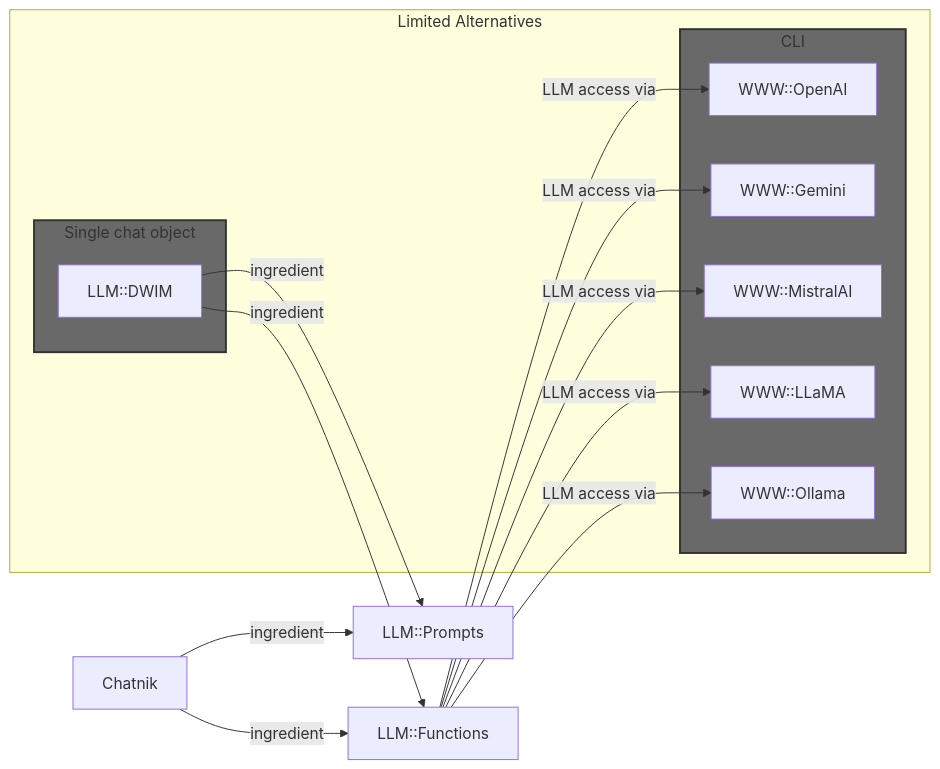
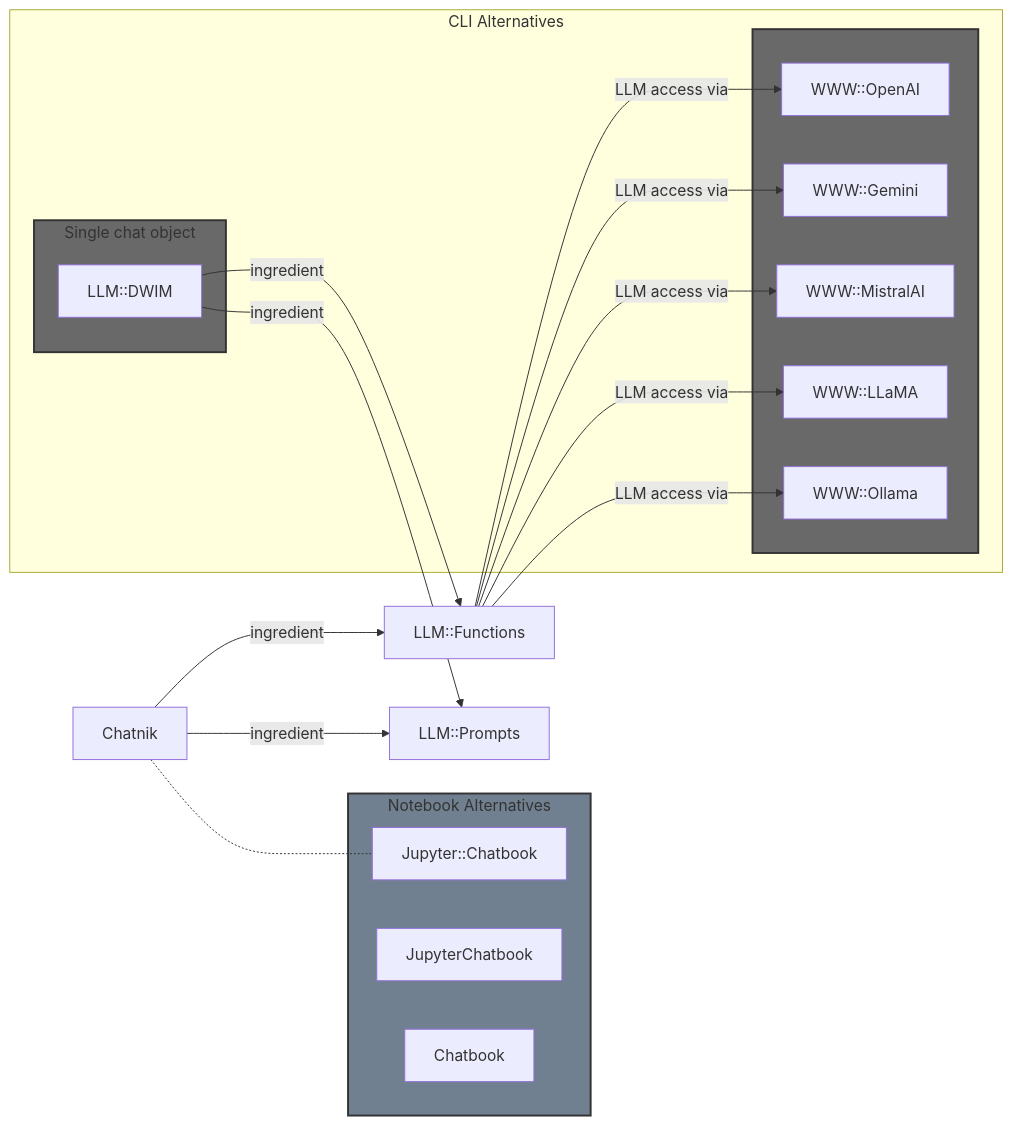
One commit to antononcube/RakuForPrediction-blog changed the second of 2 diagrams in Articles/Chatnik-LLM-Host-in-the-Shell-Part-1.md. Above: the diagram before and after it, drawn with Mermaid.

Commit message:
docs:More comprehensive comparison diagram.

````diff
--- a/Articles/Chatnik-LLM-Host-in-the-Shell-Part-1.md
+++ b/Articles/Chatnik-LLM-Host-in-the-Shell-Part-1.md
@@ -399,32 +399,41 @@
 ```mermaid
 flowchart LR
     Chatnik[Chatnik] --> |ingredient| LLMFunc[LLM::Functions] 
     Chatnik --> |ingredient| LLMPrompts[LLM::Prompts] 
     LLMFunc --> |LLM access via| OpenAI[WWW::OpenAI]
     LLMFunc --> |LLM access via| Gemini[WWW::Gemini]
     LLMFunc --> |LLM access via| MistralAI[WWW::MistralAI]
     LLMFunc --> |LLM access via| LLaMA[WWW::LLaMA]
     LLMFunc --> |LLM access via| Ollama[WWW::Ollama]
 
     DWIM[LLM::DWIM] --> |ingredient| LLMFunc
     DWIM --> |ingredient| LLMPrompts
 
-    subgraph LA[Limited Alternatives]
+    subgraph LA[CLI Alternatives]
         
-      subgraph CLI
+      subgraph WWW[ ]
           OpenAI
           Gemini
           MistralAI
           LLaMA
           Ollama
       end
     
       subgraph SCO[Single chat object]
           DWIM
       end
       
     end
     
-    style CLI fill:DimGray,stroke:#333,stroke-width:2px
+    subgraph NA[Notebook Alternatives]
+        RakuJupyter["Jupyter::Chatbook"]
+        PythonJupyter["JupyterChatbook"]
+        WLChatbook["Chatbook"]
+    end
+
+    Chatnik -.- RakuJupyter
+
+    style WWW fill:DimGray,stroke:#333,stroke-width:2px
     style SCO fill:DimGray,stroke:#333,stroke-width:2px
+    style NA fill:SlateGray,stroke:#333,stroke-width:2px
 ```
````
